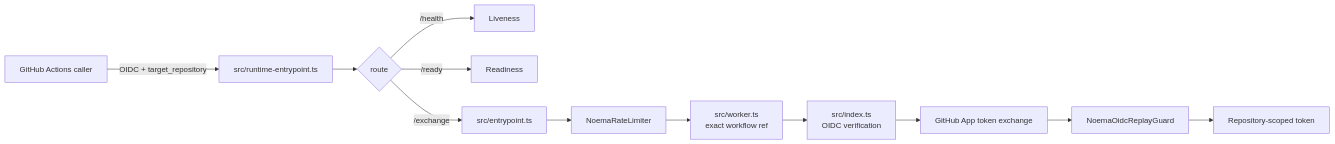
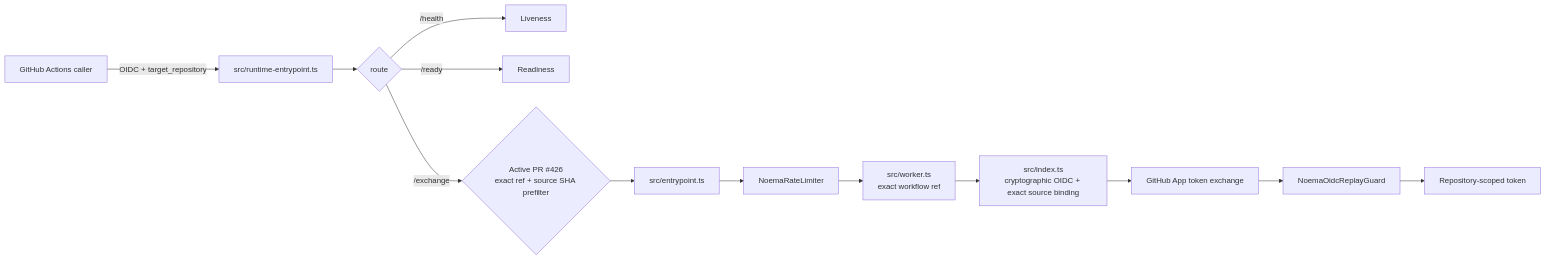
Before and after one commit to ContextualWisdomLab/noema: the diagram in ARCHITECTURE.md, drawn with Mermaid. The commit also changed other lines of this file, not shown here.

Commit message:
docs(architecture): describe candidate immutable OIDC source binding

````diff
--- a/ARCHITECTURE.md
+++ b/ARCHITECTURE.md
@@ -37,14 +37,15 @@
 ```mermaid
 flowchart LR
   A[GitHub Actions caller] -->|OIDC + target_repository| B[src/runtime-entrypoint.ts]
   B --> C{route}
   C -->|/health| H[Liveness]
   C -->|/ready| R[Readiness]
-  C -->|/exchange| E[src/entrypoint.ts]
+  C -->|/exchange| S{Active PR #426\nexact ref + source SHA prefilter}
+  S --> E[src/entrypoint.ts]
   E --> L[NoemaRateLimiter]
   L --> W[src/worker.ts\nexact workflow ref]
-  W --> O[src/index.ts\nOIDC verification]
+  W --> O[src/index.ts\ncryptographic OIDC + exact source binding]
   O --> G[GitHub App token exchange]
   G --> P[NoemaOidcReplayGuard]
   P --> T[Repository-scoped token]
 ```
````
